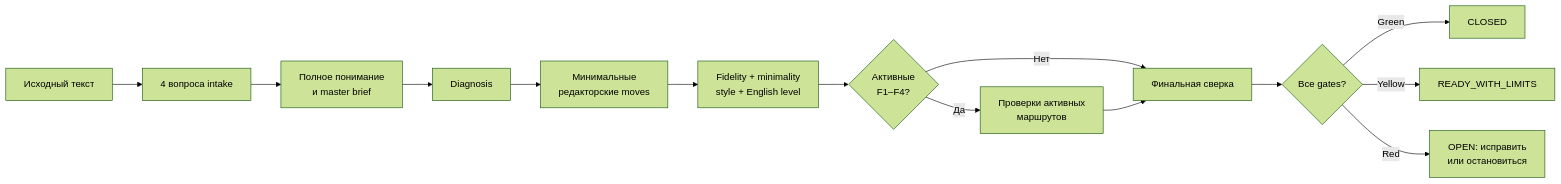
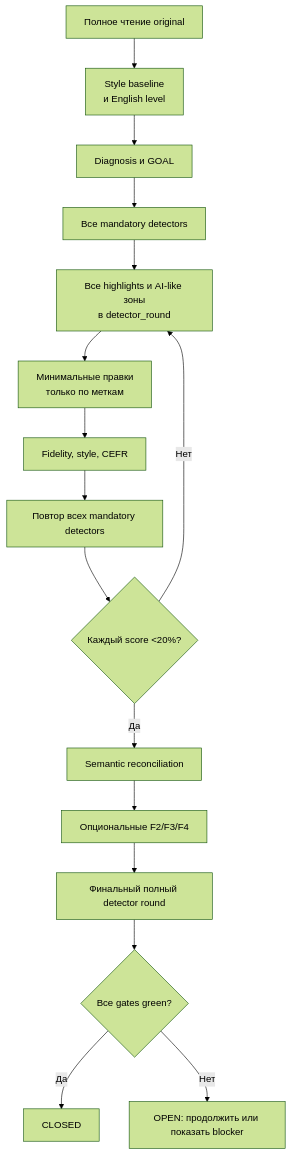
The diagram in README.md (2612evgenii-hue/palimpsest), drawn with Mermaid (forest theme) before and after one commit. The commit also changed other lines of this file and 29 other files, not shown here.

Commit message:
feat: restore score-mandatory editor loop in v3.5

````diff
--- a/README.md
+++ b/README.md
@@ -82,16 +71,18 @@
 ```mermaid
-flowchart LR
-    A["Исходный текст"] --> B["4 вопроса intake"]
-    B --> C["Полное понимание<br/>и master brief"]
-    C --> D["Diagnosis"]
-    D --> E["Минимальные<br/>редакторские moves"]
-    E --> F["Fidelity + minimality<br/>style + English level"]
-    F --> G{"Активные<br/>F1–F4?"}
-    G -->|Да| H["Проверки активных<br/>маршрутов"]
-    G -->|Нет| I["Финальная сверка"]
-    H --> I
-    I --> J{"Все gates?"}
-    J -->|Green| K["CLOSED"]
-    J -->|Yellow| L["READY_WITH_LIMITS"]
-    J -->|Red| M["OPEN: исправить<br/>или остановиться"]
+flowchart TD
+    A["Полное чтение original"] --> B["Style baseline<br/>и English level"]
+    B --> C["Diagnosis и GOAL"]
+    C --> D["Все mandatory detectors"]
+    D --> E["Все highlights и AI-like зоны<br/>в detector_round"]
+    E --> F["Минимальные правки<br/>только по меткам"]
+    F --> G["Fidelity, style, CEFR"]
+    G --> H["Повтор всех mandatory detectors"]
+    H --> I{"Каждый score <20%?"}
+    I -->|Нет| E
+    I -->|Да| J["Semantic reconciliation"]
+    J --> K["Опциональные F2/F3/F4"]
+    K --> L["Финальный полный detector round"]
+    L --> M{"Все gates green?"}
+    M -->|Да| N["CLOSED"]
+    M -->|Нет| O["OPEN: продолжить или показать blocker"]
 ```
````
